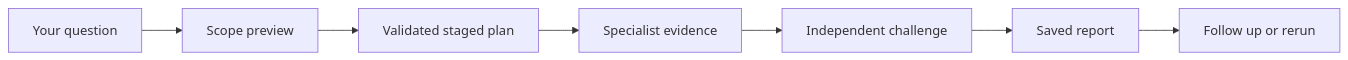
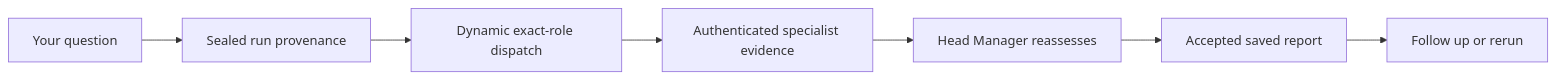
The diagram in README.md (HSKIMRobert/tradingcodex), drawn with Mermaid before and after one commit. The commit also changed other lines of this file and 381 other files, not shown here.

````diff
--- a/README.md
+++ b/README.md
@@ -97,9 +101,9 @@
 ```mermaid
 flowchart LR
-  prompt[Your question] --> preview[Scope preview]
-  preview --> plan[Validated staged plan]
-  plan --> evidence[Specialist evidence]
-  evidence --> review[Independent challenge]
-  review --> report[Saved report]
+  prompt[Your question] --> binding[Sealed run provenance]
+  binding --> dispatch[Dynamic exact-role dispatch]
+  dispatch --> evidence[Authenticated specialist evidence]
+  evidence --> reassess[Head Manager reassesses]
+  reassess --> report[Accepted saved report]
   report --> followup[Follow up or rerun]
 ```
````
